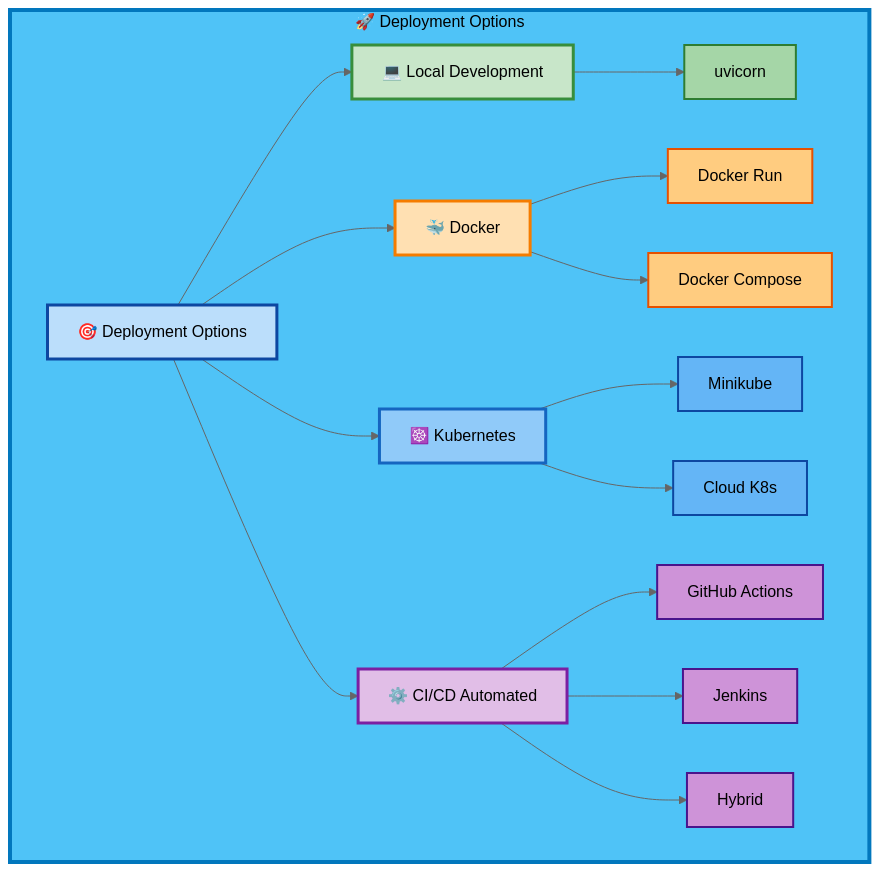
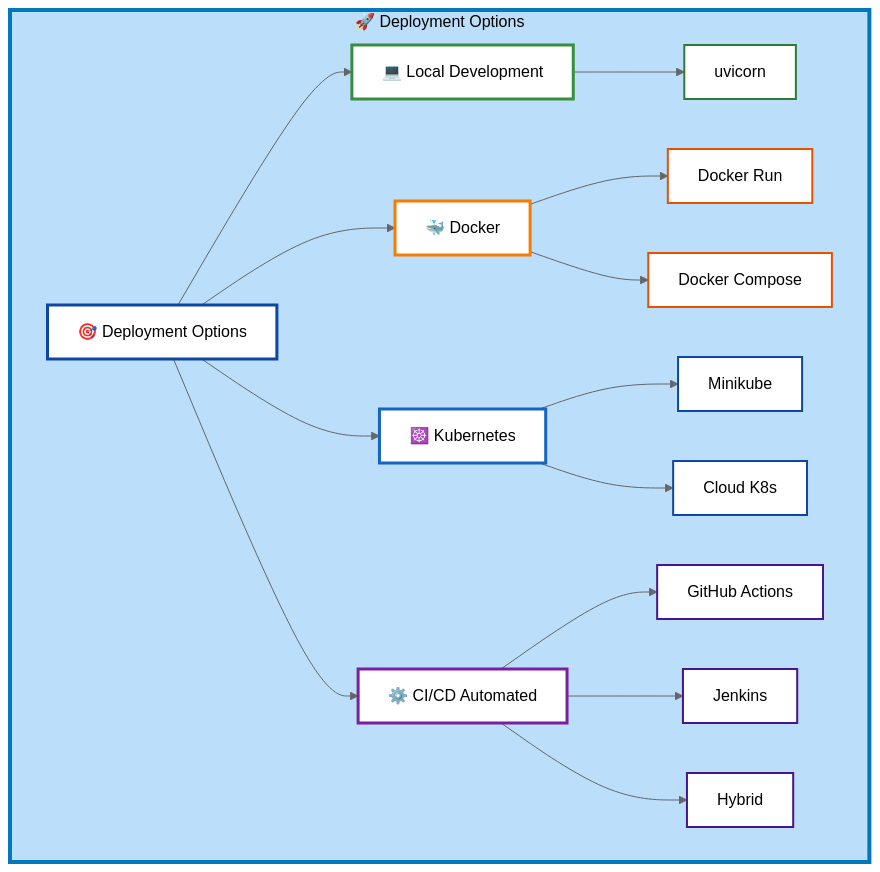
One commit to 2024aa05820/heart-disease-mlops changed the eighth of 9 diagrams in README.md. Above: the diagram before and after it, drawn with Mermaid (neutral theme). The commit also changed other lines of this file, not shown here.

First line of the commit message:
Fix Mermaid diagram text visibility - use white backgrounds for nodes

````diff
--- a/README.md
+++ b/README.md
@@ -565,33 +565,33 @@
 ```mermaid
 graph TB
     subgraph DEPLOY_OPT["🚀 Deployment Options"]
         A["🎯 Deployment Options"] --> B["💻 Local Development"]
         A --> C["🐳 Docker"]
         A --> D["☸️ Kubernetes"]
         A --> E["⚙️ CI/CD Automated"]
         
         B --> B1["uvicorn"]
         C --> C1["Docker Run"]
         C --> C2["Docker Compose"]
         D --> D1["Minikube"]
         D --> D2["Cloud K8s"]
         E --> E1["GitHub Actions"]
         E --> E2["Jenkins"]
         E --> E3["Hybrid"]
     end
     
-    style DEPLOY_OPT fill:#4FC3F7,stroke:#0277BD,stroke-width:4px,color:#000
-    style A fill:#BBDEFB,stroke:#0D47A1,stroke-width:3px
-    style B fill:#C8E6C9,stroke:#388E3C,stroke-width:3px
-    style C fill:#FFE0B2,stroke:#F57C00,stroke-width:3px
-    style D fill:#90CAF9,stroke:#1565C0,stroke-width:3px
-    style E fill:#E1BEE7,stroke:#7B1FA2,stroke-width:3px
-    style B1 fill:#A5D6A7,stroke:#2E7D32,stroke-width:2px
-    style C1 fill:#FFCC80,stroke:#E65100,stroke-width:2px
-    style C2 fill:#FFCC80,stroke:#E65100,stroke-width:2px
-    style D1 fill:#64B5F6,stroke:#0D47A1,stroke-width:2px
-    style D2 fill:#64B5F6,stroke:#0D47A1,stroke-width:2px
-    style E1 fill:#CE93D8,stroke:#4A148C,stroke-width:2px
-    style E2 fill:#CE93D8,stroke:#4A148C,stroke-width:2px
-    style E3 fill:#CE93D8,stroke:#4A148C,stroke-width:2px
+    style DEPLOY_OPT fill:#BBDEFB,stroke:#0277BD,stroke-width:4px,color:#000000
+    style A fill:#FFFFFF,stroke:#0D47A1,stroke-width:3px,color:#000000
+    style B fill:#FFFFFF,stroke:#388E3C,stroke-width:3px,color:#000000
+    style C fill:#FFFFFF,stroke:#F57C00,stroke-width:3px,color:#000000
+    style D fill:#FFFFFF,stroke:#1565C0,stroke-width:3px,color:#000000
+    style E fill:#FFFFFF,stroke:#7B1FA2,stroke-width:3px,color:#000000
+    style B1 fill:#FFFFFF,stroke:#2E7D32,stroke-width:2px,color:#000000
+    style C1 fill:#FFFFFF,stroke:#E65100,stroke-width:2px,color:#000000
+    style C2 fill:#FFFFFF,stroke:#E65100,stroke-width:2px,color:#000000
+    style D1 fill:#FFFFFF,stroke:#0D47A1,stroke-width:2px,color:#000000
+    style D2 fill:#FFFFFF,stroke:#0D47A1,stroke-width:2px,color:#000000
+    style E1 fill:#FFFFFF,stroke:#4A148C,stroke-width:2px,color:#000000
+    style E2 fill:#FFFFFF,stroke:#4A148C,stroke-width:2px,color:#000000
+    style E3 fill:#FFFFFF,stroke:#4A148C,stroke-width:2px,color:#000000
 ```
````
